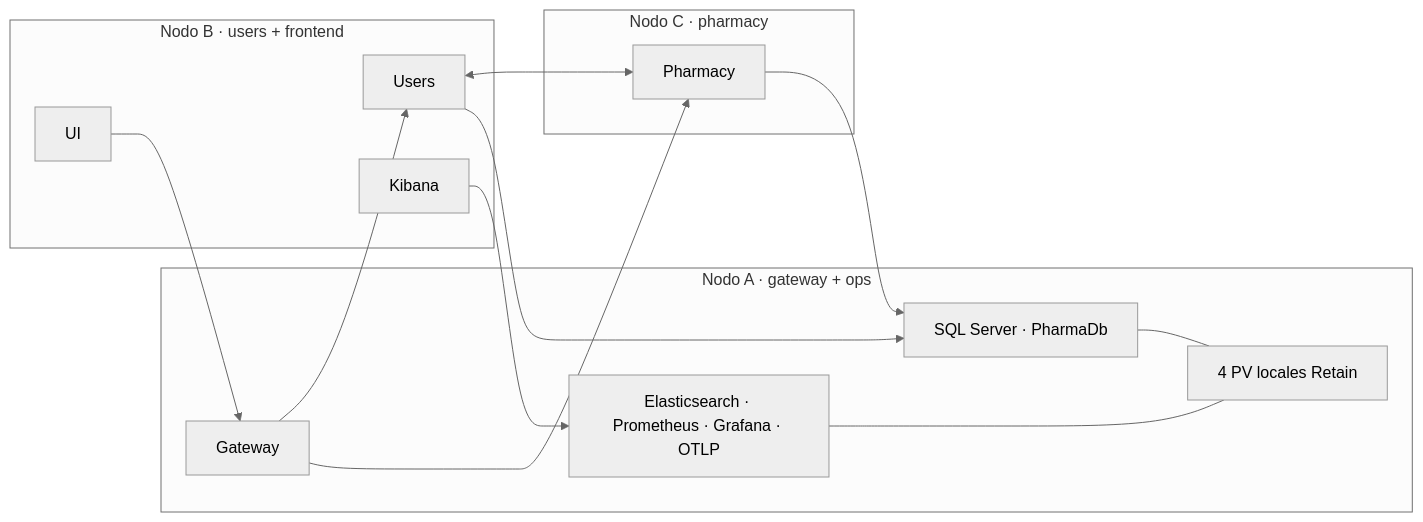
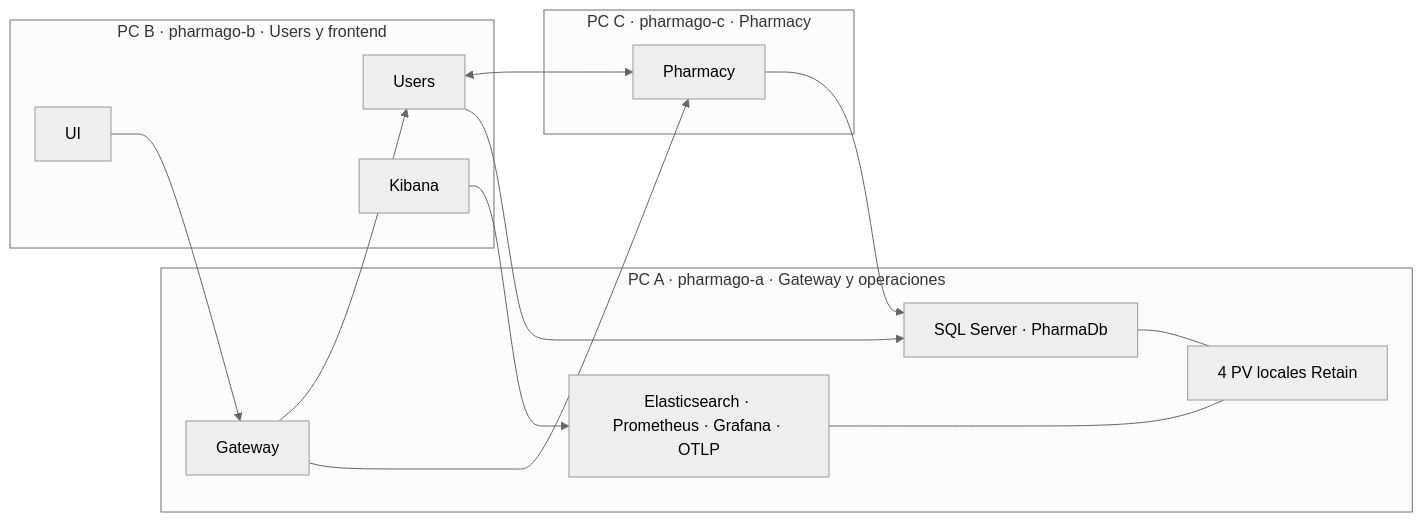
One commit to damyyyrr/Obligatorio-AIOps-289568-319108-308012 changed the diagram in docs/aiops-k8s-topology.md. Above: the diagram before and after it, drawn with Mermaid (neutral theme). The commit also changed other lines of this file and 3 other files, not shown here.

````diff
--- a/docs/aiops-k8s-topology.md
+++ b/docs/aiops-k8s-topology.md
@@ -5,26 +7,26 @@
 ```mermaid
 flowchart LR
-  subgraph A["Nodo A · gateway + ops"]
+  subgraph A["PC A · pharmago-a · Gateway y operaciones"]
     G["Gateway"]
     D["SQL Server · PharmaDb"]
     O["Elasticsearch · Prometheus · Grafana · OTLP"]
     V["4 PV locales Retain"]
     D --- V
     O --- V
   end
-  subgraph B["Nodo B · users + frontend"]
+  subgraph B["PC B · pharmago-b · Users y frontend"]
     F["UI"]
     U["Users"]
     K["Kibana"]
   end
-  subgraph C["Nodo C · pharmacy"]
+  subgraph C["PC C · pharmago-c · Pharmacy"]
     P["Pharmacy"]
   end
   F --> G
   G --> U
   G --> P
   U <--> P
   U --> D
   P --> D
   K --> O
 ```
````
